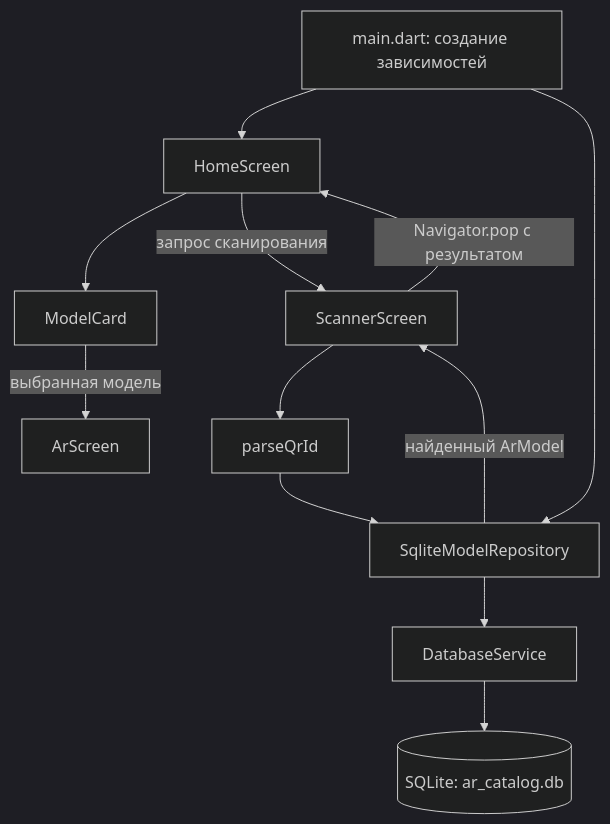
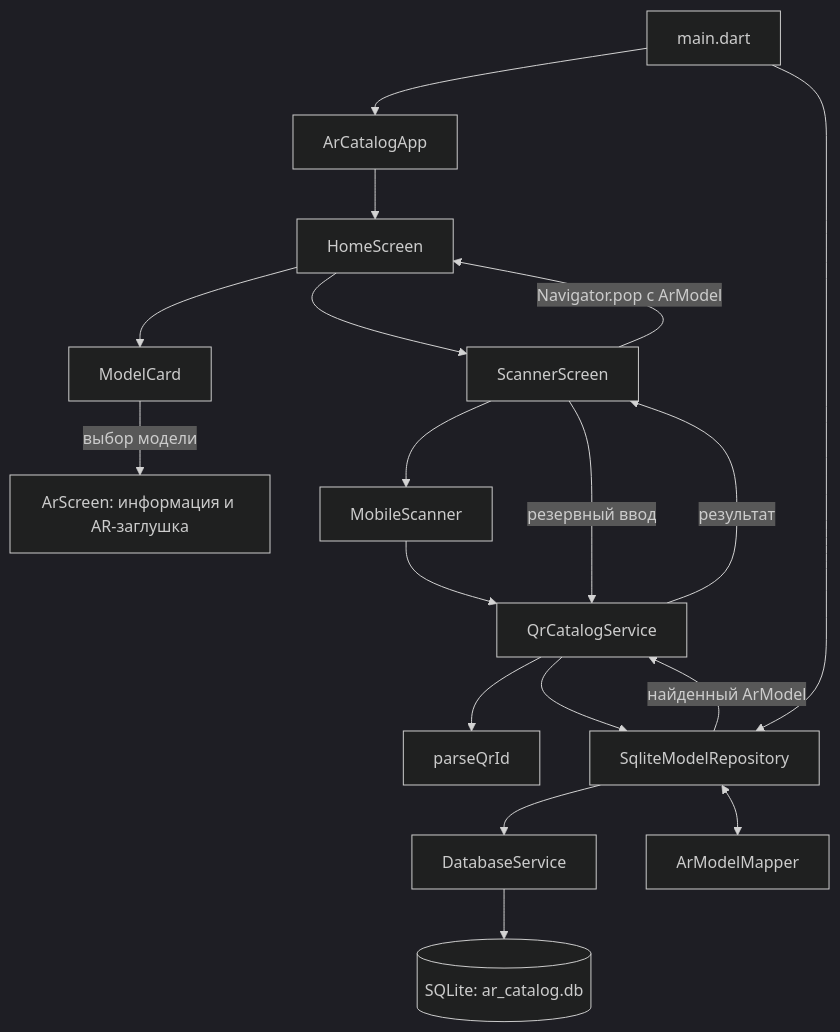
Before and after one commit to Dimasyaaa/ar-model-viewer_DART-FLUTTER: the fourth of 4 diagrams in README.md, drawn with Mermaid (dark theme). The commit also changed other lines of this file, not shown here.

````diff
--- a/README.md
+++ b/README.md
@@ -779,14 +895,20 @@
 ```mermaid
 flowchart TD
-    M[main.dart: создание зависимостей] --> H[HomeScreen]
+    M[main.dart] --> APP[ArCatalogApp]
+    APP --> H[HomeScreen]
     M --> R[SqliteModelRepository]
     R --> DS[DatabaseService]
     DS --> DB[(SQLite: ar_catalog.db)]
-    H --> C[ModelCard]
-    C -->|выбранная модель| A[ArScreen]
-    H -->|запрос сканирования| S[ScannerScreen]
-    S --> P[parseQrId]
-    P --> R
-    R -->|найденный ArModel| S
-    S -->|Navigator.pop с результатом| H
+    R <--> MAP[ArModelMapper]
+    H --> CARD[ModelCard]
+    CARD -->|выбор модели| AR[ArScreen: информация и AR-заглушка]
+    H --> SC[ScannerScreen]
+    SC --> CAM[MobileScanner]
+    CAM --> Q[QrCatalogService]
+    SC -->|резервный ввод| Q
+    Q --> PARSE[parseQrId]
+    Q --> R
+    R -->|найденный ArModel| Q
+    Q -->|результат| SC
+    SC -->|Navigator.pop с ArModel| H
 ```
````
